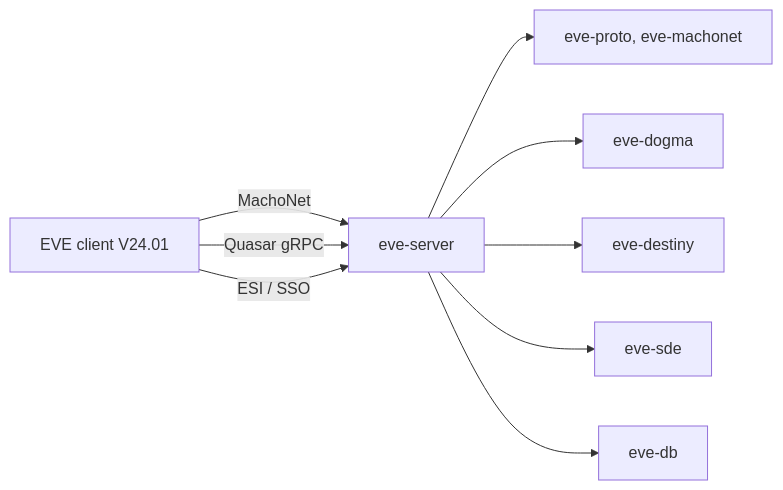
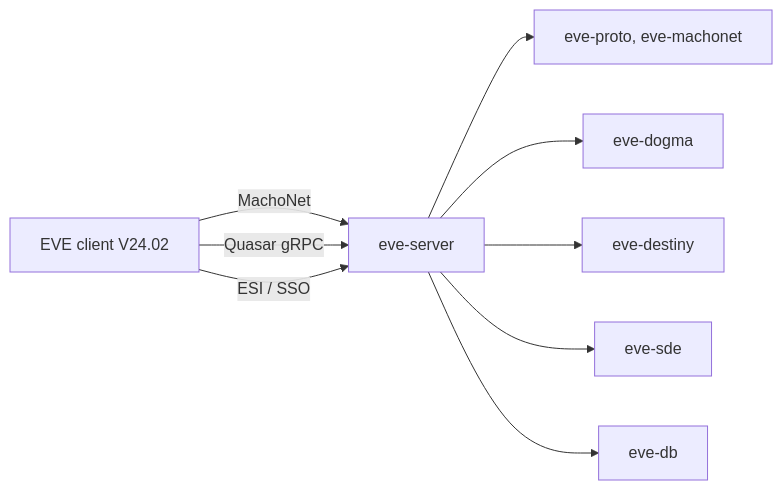
One commit to saverchenkov/EvoMu changed the diagram in README.md. Above: the diagram before and after it, drawn with Mermaid. The commit also changed other lines of this file and 56 other files, not shown here.

````diff
--- a/README.md
+++ b/README.md
@@ -163,11 +163,11 @@
 ```mermaid
 flowchart LR
-    Client["EVE client V24.01"] -->|"MachoNet"| Server["eve-server"]
+    Client["EVE client V24.02"] -->|"MachoNet"| Server["eve-server"]
     Client -->|"Quasar gRPC"| Server
     Client -->|"ESI / SSO"| Server
     Server --> Proto["eve-proto, eve-machonet"]
     Server --> Dogma["eve-dogma"]
     Server --> Destiny["eve-destiny"]
     Server --> Sde["eve-sde"]
     Server --> Db["eve-db"]
 ```
````
